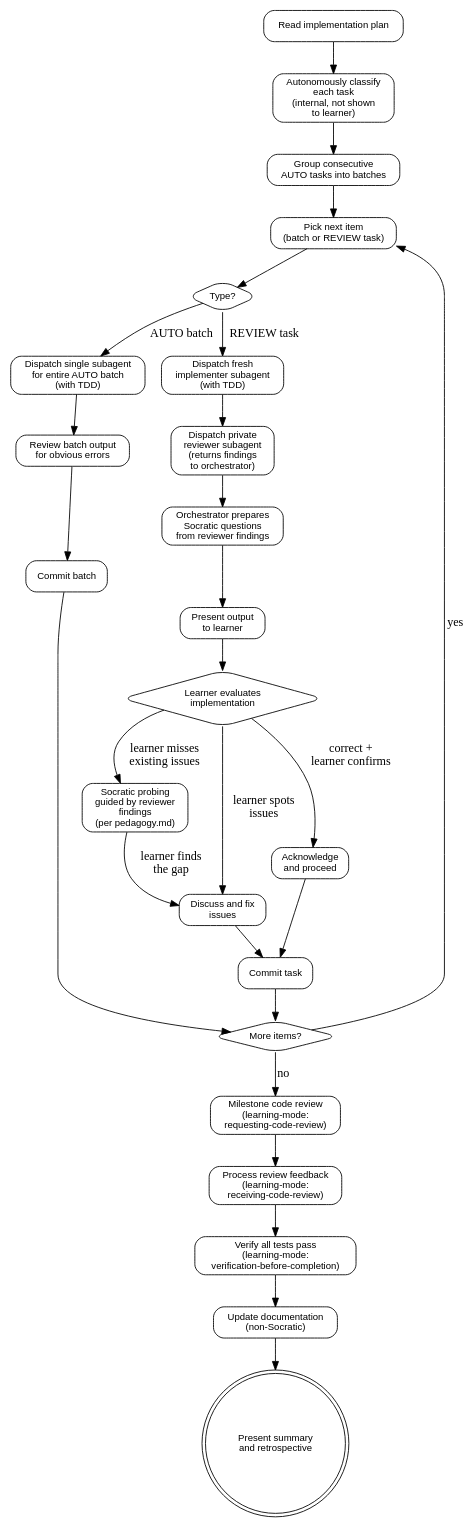
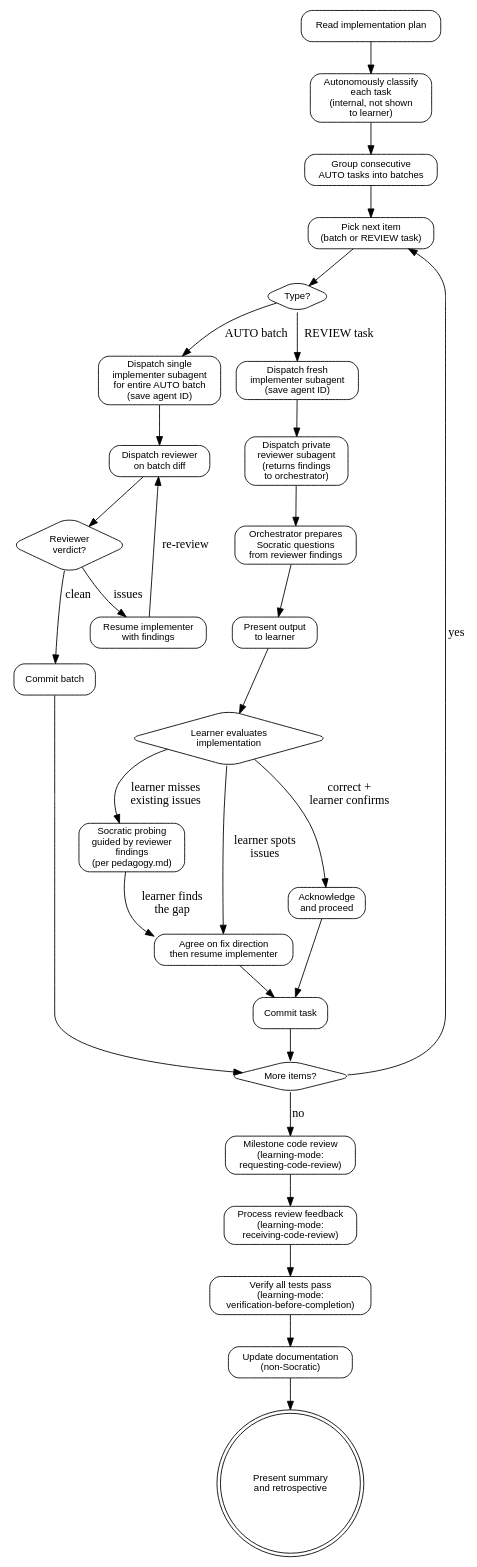
One commit to alennartz/claude-plugins changed the diagram in learning-mode/skills/executing-plans/SKILL.md. Above: the diagram before and after it, drawn with Graphviz. The commit also changed other lines of this file, not shown here.

First line of the commit message:
executing-plans: add reviewer pass for AUTO batches and resume pattern for fixes

````diff
--- a/learning-mode/skills/executing-plans/SKILL.md
+++ b/learning-mode/skills/executing-plans/SKILL.md
@@ -33,68 +33,73 @@
 ```dot
 digraph executing_plans {
     rankdir=TB;
     node [fontname="Helvetica", fontsize=11, shape=box, style=rounded];
 
     read_plan [label="Read implementation plan"];
     classify [label="Autonomously classify\neach task\n(internal, not shown\nto learner)"];
     group [label="Group consecutive\nAUTO tasks into batches"];
 
     pick_next [label="Pick next item\n(batch or REVIEW task)"];
     check_type [label="Type?" shape=diamond];
 
     // AUTO path
-    dispatch_batch [label="Dispatch single subagent\nfor entire AUTO batch\n(with TDD)"];
-    batch_self_check [label="Review batch output\nfor obvious errors"];
+    dispatch_batch [label="Dispatch single\nimplementer subagent\nfor entire AUTO batch\n(save agent ID)"];
+    batch_review [label="Dispatch reviewer\non batch diff"];
+    batch_clean [label="Reviewer\nverdict?" shape=diamond];
     batch_commit [label="Commit batch"];
+    batch_fix [label="Resume implementer\nwith findings"];
 
     // REVIEW path
-    dispatch_impl [label="Dispatch fresh\nimplementer subagent\n(with TDD)"];
+    dispatch_impl [label="Dispatch fresh\nimplementer subagent\n(save agent ID)"];
     dispatch_reviewer [label="Dispatch private\nreviewer subagent\n(returns findings\nto orchestrator)"];
     orchestrator_prep [label="Orchestrator prepares\nSocratic questions\nfrom reviewer findings"];
     present_to_learner [label="Present output\nto learner"];
     learner_review [label="Learner evaluates\nimplementation" shape=diamond];
     socratic_probe [label="Socratic probing\nguided by reviewer\nfindings\n(per pedagogy.md)"];
-    fix [label="Discuss and fix\nissues"];
+    fix [label="Agree on fix direction\nthen resume implementer"];
     acknowledge [label="Acknowledge\nand proceed"];
     review_commit [label="Commit task"];
 
     // Completion
     more_items [label="More items?" shape=diamond];
     milestone_review [label="Milestone code review\n(learning-mode:\nrequesting-code-review)"];
     receive_review [label="Process review feedback\n(learning-mode:\nreceiving-code-review)"];
     verify [label="Verify all tests pass\n(learning-mode:\nverification-before-completion)"];
     docs [label="Update documentation\n(non-Socratic)"];
     summary [label="Present summary\nand retrospective" shape=doublecircle];
 
     read_plan -> classify;
     classify -> group;
     group -> pick_next;
 
     pick_next -> check_type;
     check_type -> dispatch_batch [label="AUTO batch"];
     check_type -> dispatch_impl [label="REVIEW task"];
 
-    dispatch_batch -> batch_self_check;
-    batch_self_check -> batch_commit;
+    dispatch_batch -> batch_review;
+    batch_review -> batch_clean;
+    batch_clean -> batch_commit [label="clean"];
+    batch_clean -> batch_fix [label="issues"];
+    batch_fix -> batch_review [label="re-review"];
     batch_commit -> more_items;
 
     dispatch_impl -> dispatch_reviewer;
     dispatch_reviewer -> orchestrator_prep;
     orchestrator_prep -> present_to_learner;
     present_to_learner -> learner_review;
     learner_review -> socratic_probe [label="learner misses\nexisting issues"];
     learner_review -> fix [label="learner spots\nissues"];
     learner_review -> acknowledge [label="correct +\nlearner confirms"];
     socratic_probe -> fix [label="learner finds\nthe gap"];
     fix -> review_commit;
     acknowledge -> review_commit;
     review_commit -> more_items;
 
     more_items -> pick_next [label="yes"];
     more_items -> milestone_review [label="no"];
     milestone_review -> receive_review;
     receive_review -> verify;
     verify -> docs;
     docs -> summary;
 }
 ```
````
